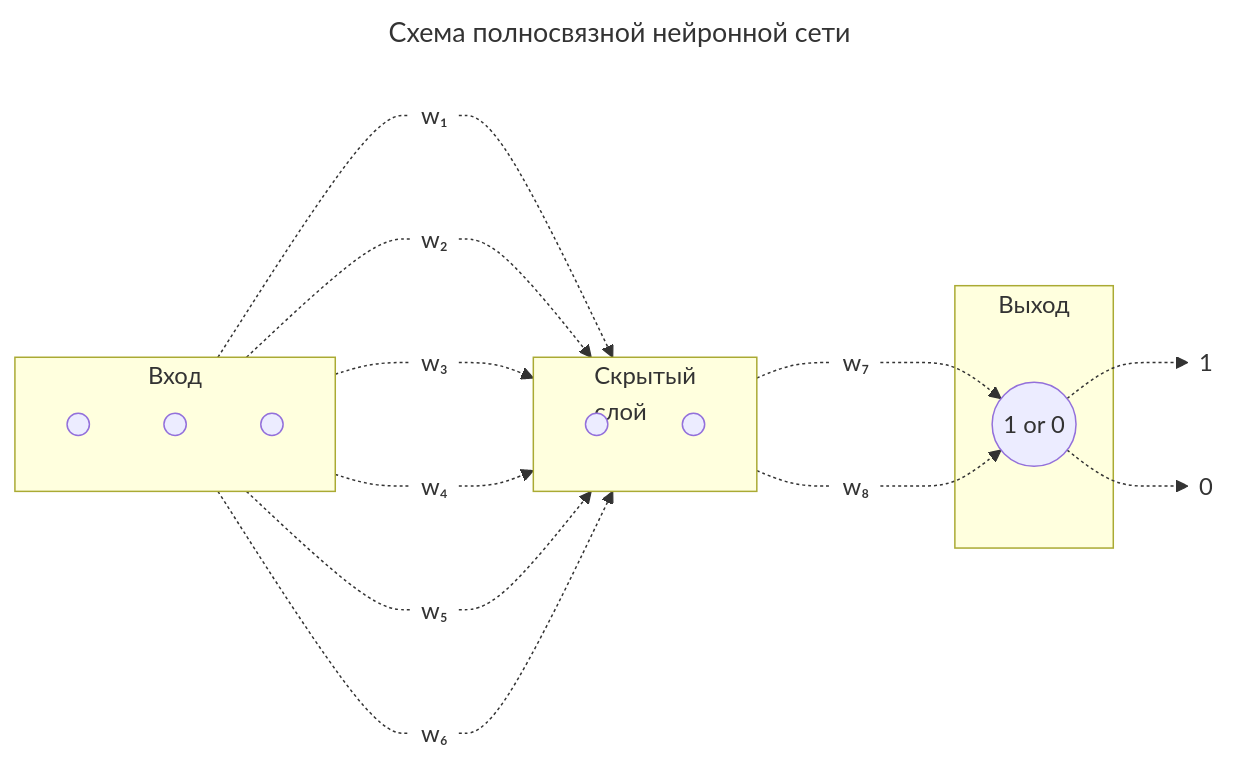
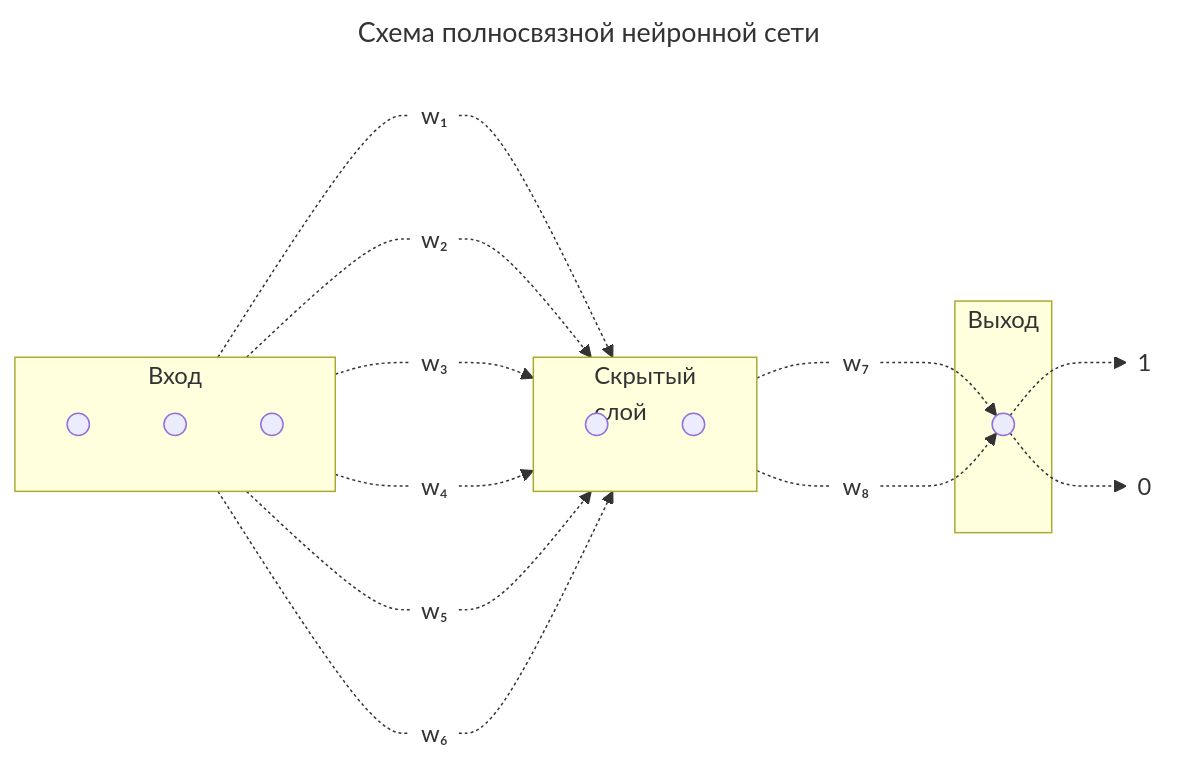
The diagram in readme.md (denisbolshakoff/Automation_of_prereview_of_scientific_manuscripts), drawn with Mermaid before and after one commit.

Commit message:
исправлен readme.md файл

````diff
--- a/readme.md
+++ b/readme.md
@@ -29,57 +29,57 @@
 ```mermaid
 ---
 title: Схема полносвязной нейронной сети
 ---
 
 graph LR
 
 classDef nofill fill:none, stroke:none;
 
 
     subgraph Clients[Вход]
         direction TB
 	 A1((" ")) 
 	 A2((" "))
 	 A3((" "))
  	end
 
 	subgraph Hidden[Скрытый<br/>слой]
 	direction TB
 	 B1((" "))
 	 B2((" "))
 	end
 
 	subgraph exit[Выход]
 	 C1((" "))
 	end
 
 
 	L1(("w₁")):::nofill
 	L2(("w₂")):::nofill
 	L3(("w₃")):::nofill
 	L4(("w₄")):::nofill
 	L5(("w₅")):::nofill
 	L6(("w₆")):::nofill
 	L7(("w₇")):::nofill
 	L8(("w₈")):::nofill
 
 	L9(("1")):::nofill
 	L10(("0")):::nofill
 	
 	 A1 -.-L1-.-> B1
 	 A2 -.-L2-.-> B1
 	 A3 -.-L3-.-> B1
 
 	 A1-.-L4-.->B2
 	 A2-.-L5-.->B2
 	 A3-.-L6-.->B2
 
 
 	 C1 -.-> L9
 	 C1 -.-> L10
 
 
-	 B1-.-L7-.->C1(("1 or 0"))
+	 B1-.-L7-.->C1
 	 B2-.-L8-.->C1
 
 ```
````
